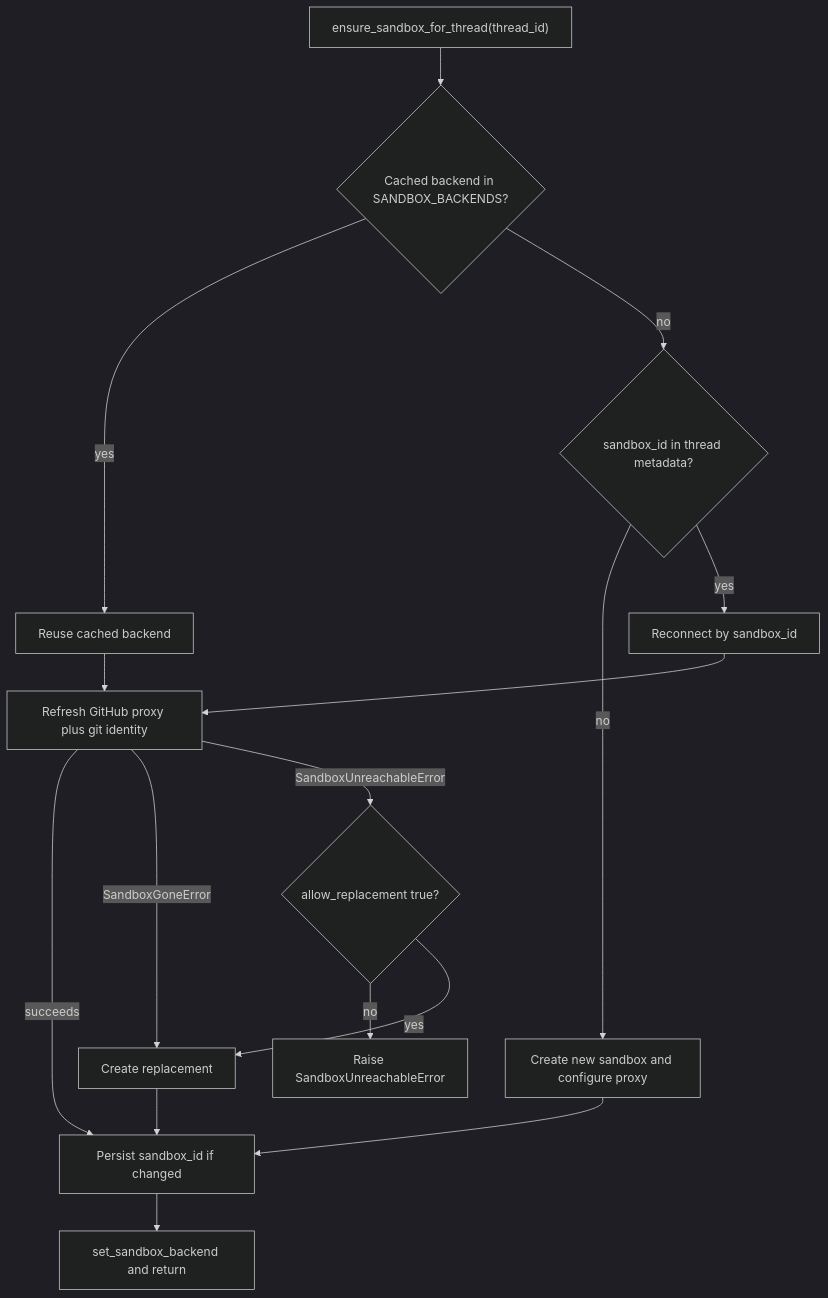
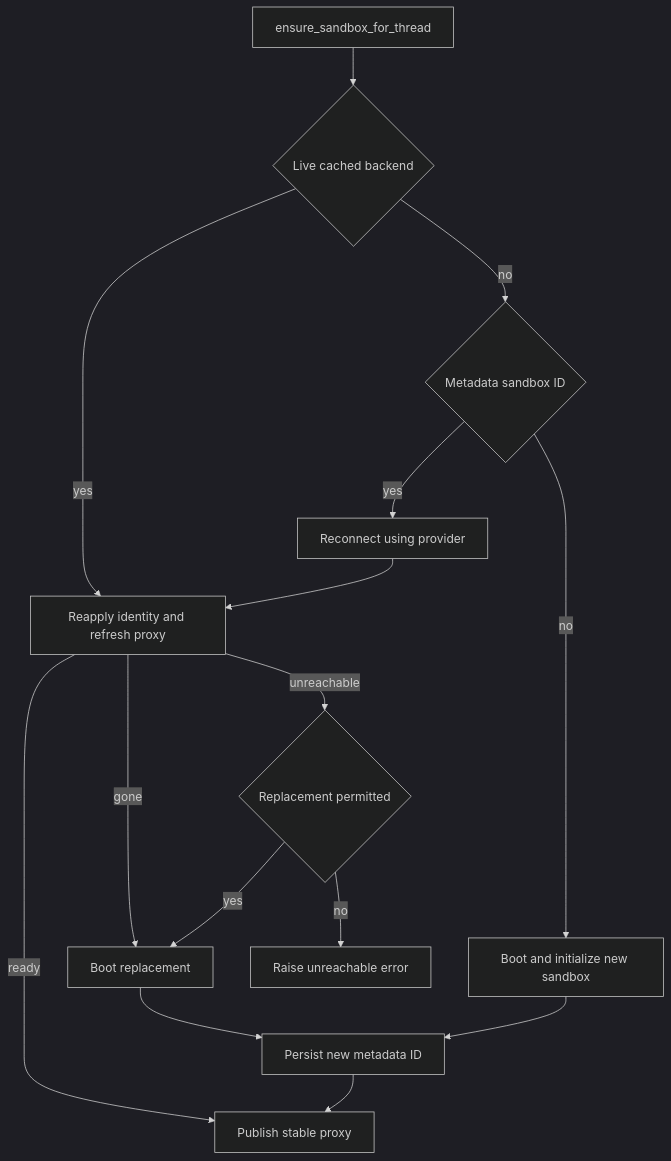
The diagram in openwiki/architecture/sandbox-lifecycle.md (langchain-ai/open-swe), drawn with Mermaid (dark theme) before and after one commit. The commit also changed other lines of this file and 52 other files, not shown here.

````diff
--- a/openwiki/architecture/sandbox-lifecycle.md
+++ b/openwiki/architecture/sandbox-lifecycle.md
@@ -139,18 +79,17 @@
 ```mermaid
 flowchart TD
-  Start["ensure_sandbox_for_thread(thread_id)"] --> Cached{"Cached backend in SANDBOX_BACKENDS?"}
-  Cached -->|"yes"| Reuse["Reuse cached backend"]
-  Cached -->|"no"| MetaId{"sandbox_id in thread metadata?"}
-  MetaId -->|"no"| Create["Create new sandbox and configure proxy"]
-  MetaId -->|"yes"| Reconnect["Reconnect by sandbox_id"]
-  Reuse --> Refresh["Refresh GitHub proxy plus git identity"]
+  Start["ensure_sandbox_for_thread"] --> Cached{"Live cached backend"}
+  Cached -->|"yes"| Refresh["Reapply identity and refresh proxy"]
+  Cached -->|"no"| Bound{"Metadata sandbox ID"}
+  Bound -->|"yes"| Reconnect["Reconnect using provider"]
+  Bound -->|"no"| Create["Boot and initialize new sandbox"]
   Reconnect --> Refresh
-  Refresh -->|"succeeds"| Bind
-  Refresh -->|"SandboxGoneError"| Replace["Create replacement"]
-  Refresh -->|"SandboxUnreachableError"| AllowRepl{"allow_replacement true?"}
-  AllowRepl -->|"no"| Raise["Raise SandboxUnreachableError"]
-  AllowRepl -->|"yes"| Replace
-  Create --> Bind["Persist sandbox_id if changed"]
+  Refresh -->|"ready"| Publish
+  Refresh -->|"gone"| Replace["Boot replacement"]
+  Refresh -->|"unreachable"| Permit{"Replacement permitted"}
+  Permit -->|"yes"| Replace
+  Permit -->|"no"| Fail["Raise unreachable error"]
+  Create --> Bind["Persist new metadata ID"]
   Replace --> Bind
-  Bind --> Publish["set_sandbox_backend and return"]
+  Bind --> Publish["Publish stable proxy"]
 ```
````
